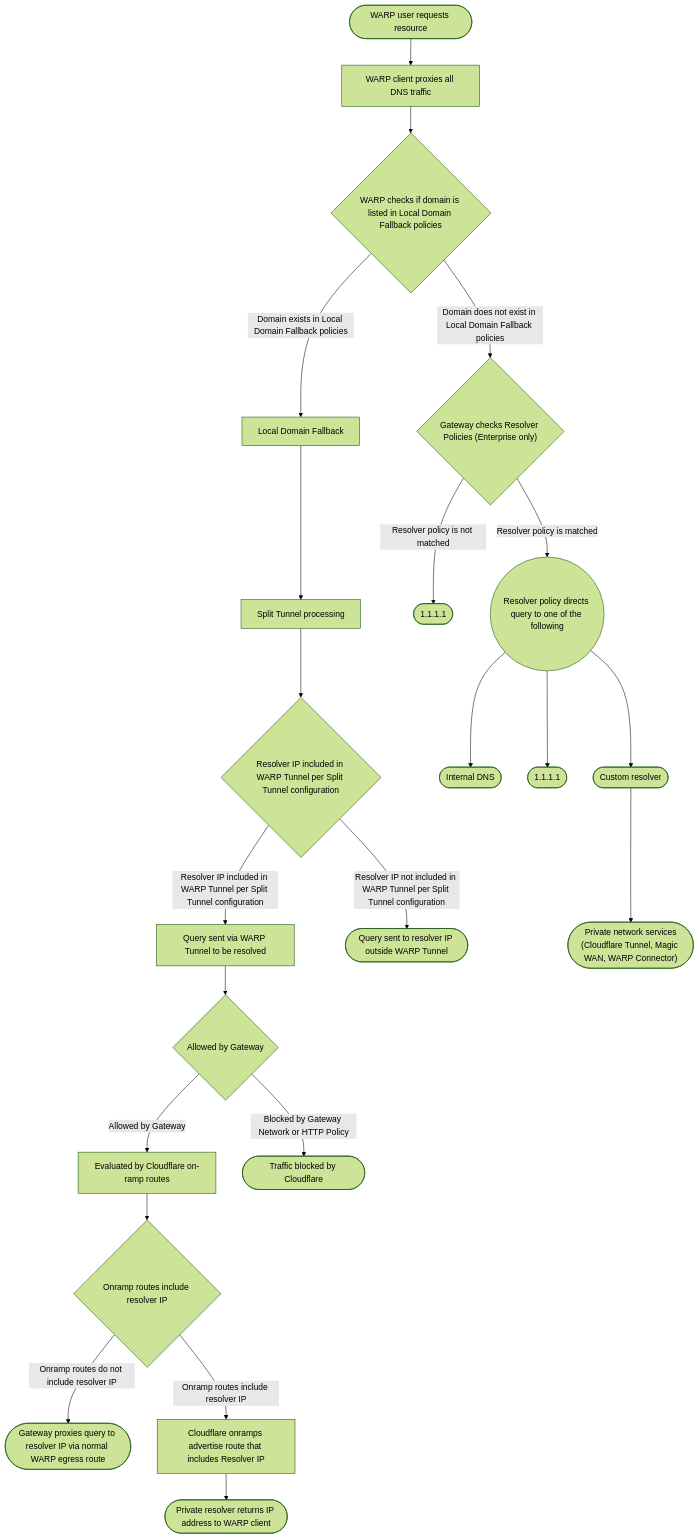
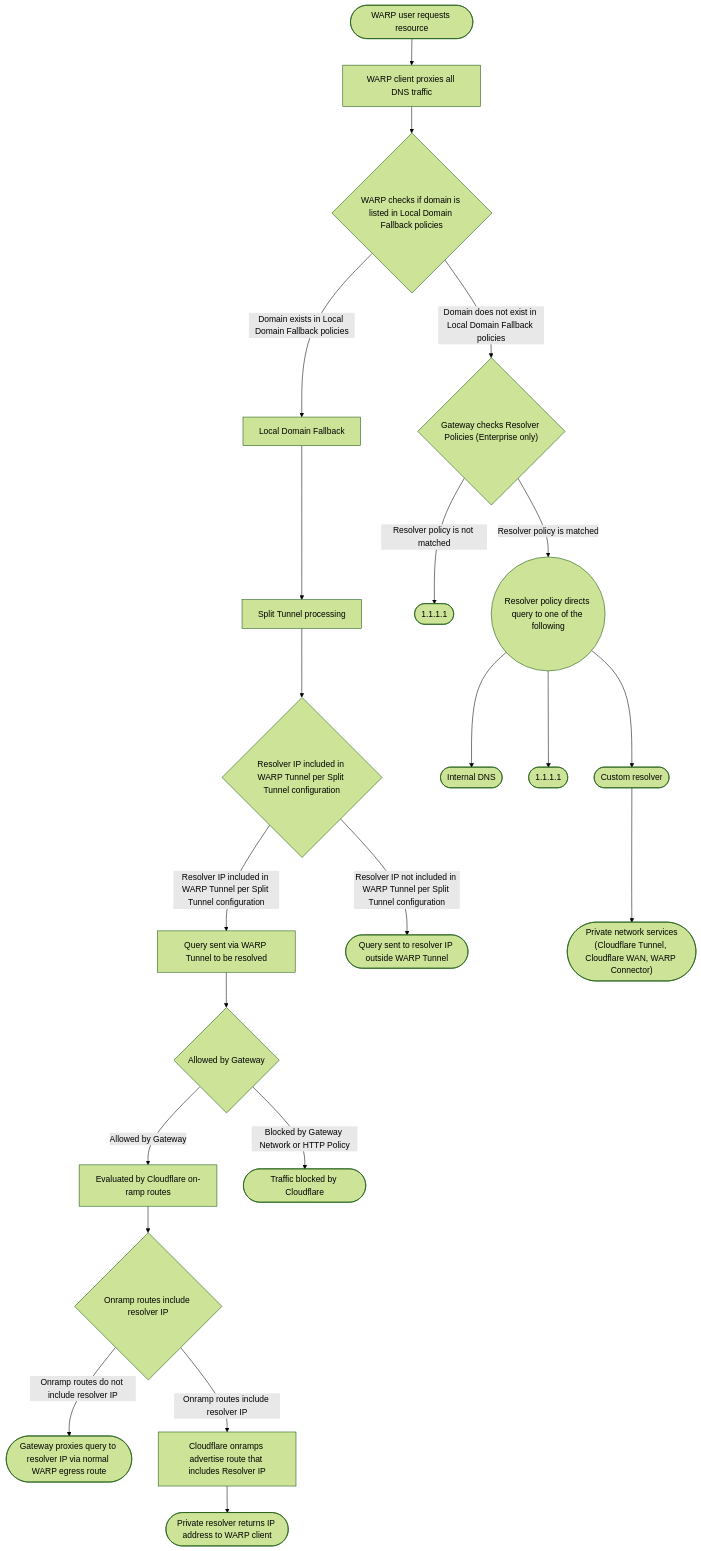
The diagram in src/content/docs/cloudflare-one/team-and-resources/devices/warp/configure-warp/route-traffic/index.mdx (rdhanarot/cloudflare-docs), drawn with Mermaid (forest theme) before and after one commit. The commit also changed other lines of this file and 477 other files, not shown here.

````diff
--- a/src/content/docs/cloudflare-one/team-and-resources/devices/warp/configure-warp/route-traffic/index.mdx
+++ b/src/content/docs/cloudflare-one/team-and-resources/devices/warp/configure-warp/route-traffic/index.mdx
@@ -30,38 +30,38 @@
 ```mermaid
 flowchart TD
     %% Accessibility
     accTitle: How the WARP client handles DNS requests
     accDescr: Flowchart describing how the WARP client routes DNS queries when using Local Domain Fallback, Split Tunnels, and Gateway resolver policies.
 
     A(["WARP user requests resource"]) --> B["WARP client proxies all DNS traffic"]
     B --> LDFCHK{"WARP checks if domain is listed in Local Domain Fallback policies"}
 
     %% Left branch (LDF exists)
     LDFCHK -- Domain exists in Local Domain Fallback policies --> C["Local Domain Fallback"]
     C --> ST["Split Tunnel processing"]
 
     ST --> STCHK{"Resolver IP included in WARP Tunnel per Split Tunnel configuration"}
     STCHK -- Resolver IP included in WARP Tunnel per Split Tunnel configuration --> QW["Query sent via WARP Tunnel to be resolved"]
     STCHK -- Resolver IP not included in WARP Tunnel per Split Tunnel configuration --> QO(["Query sent to resolver IP outside WARP Tunnel"])
 
     %% Gateway evaluation after query via WARP
     QW --> GWALLOW{"Allowed by Gateway"}
     GWALLOW -- Allowed by Gateway --> OR["Evaluated by Cloudflare on-ramp routes"]
     GWALLOW -- Blocked by Gateway Network or HTTP Policy --> BLK(["Traffic blocked by Cloudflare"])
 
     OR --> ORCHK{"Onramp routes include resolver IP"}
     ORCHK -- Onramp routes do not include resolver IP --> GP(["Gateway proxies query to resolver IP via normal WARP egress route"])
     ORCHK -- Onramp routes include resolver IP --> ADV["Cloudflare onramps advertise route that includes Resolver IP"]
     ADV --> PR(["Private resolver returns IP address to WARP client"])
 
     %% Right branch (no LDF match)
     LDFCHK -- Domain does not exist in Local Domain Fallback policies --> GWR{"Gateway checks Resolver Policies (Enterprise only)"}
 
     GWR -- Resolver policy is not matched --> C1111a(["1.1.1.1"])
 
     GWR -- Resolver policy is matched --> MATCH(("Resolver policy directs query to one of the following"))
     MATCH --> IDNS(["Internal DNS"])
     MATCH --> C1111b(["1.1.1.1"])
     MATCH --> CUST(["Custom resolver"])
-    CUST --> PNS(["Private network services<br>(Cloudflare Tunnel, Magic WAN, WARP Connector)"])
+    CUST --> PNS(["Private network services<br>(Cloudflare Tunnel, Cloudflare WAN, WARP Connector)"])
 ```
````
